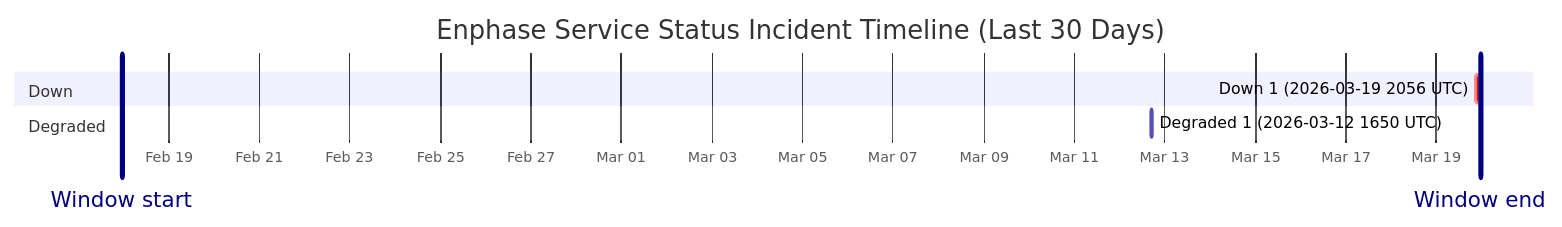
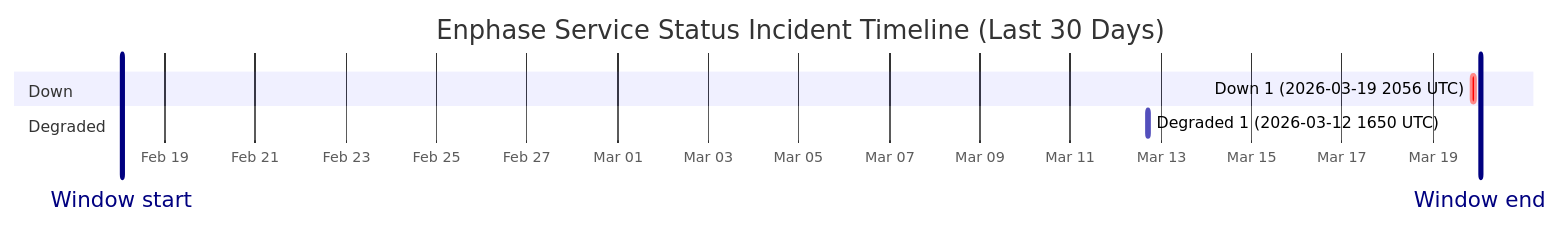
The diagram in wiki/Service-Status-History.md (barneyonline/ha-enphase-ev-charger), drawn with Mermaid before and after one commit. The commit also changed other lines of this file and 4 other files, not shown here.

````diff
--- a/wiki/Service-Status-History.md
+++ b/wiki/Service-Status-History.md
@@ -14,12 +14,12 @@
 ```mermaid
 gantt
     title Enphase Service Status Incident Timeline (Last 30 Days)
     dateFormat  YYYY-MM-DDTHH:mm:ss
     axisFormat  %b %d
-    Window start :vert, window-start, 2026-02-17T23:21:29, 0ms
-    Window end :vert, window-end, 2026-03-19T23:21:29, 0ms
+    Window start :vert, window-start, 2026-02-18T01:15:11, 0ms
+    Window end :vert, window-end, 2026-03-20T01:15:11, 0ms
     section Down
     Down 1 (2026-03-19 2056 UTC) :crit, down-1, 2026-03-19T20:56:20, 145m
     section Degraded
     Degraded 1 (2026-03-12 1650 UTC) :active, degraded-1, 2026-03-12T16:50:43, 60m
 ```
````
